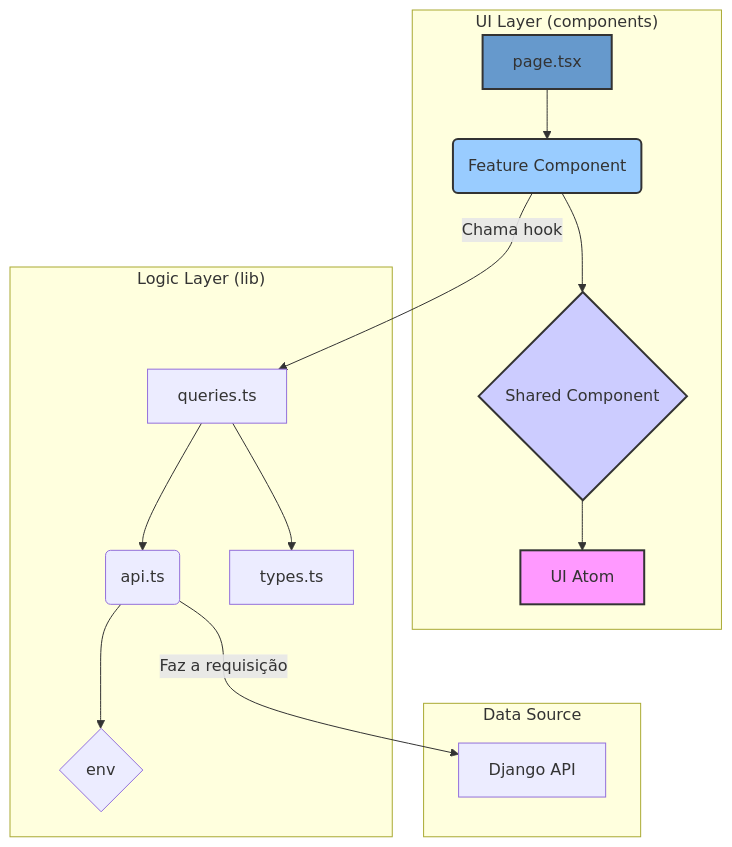
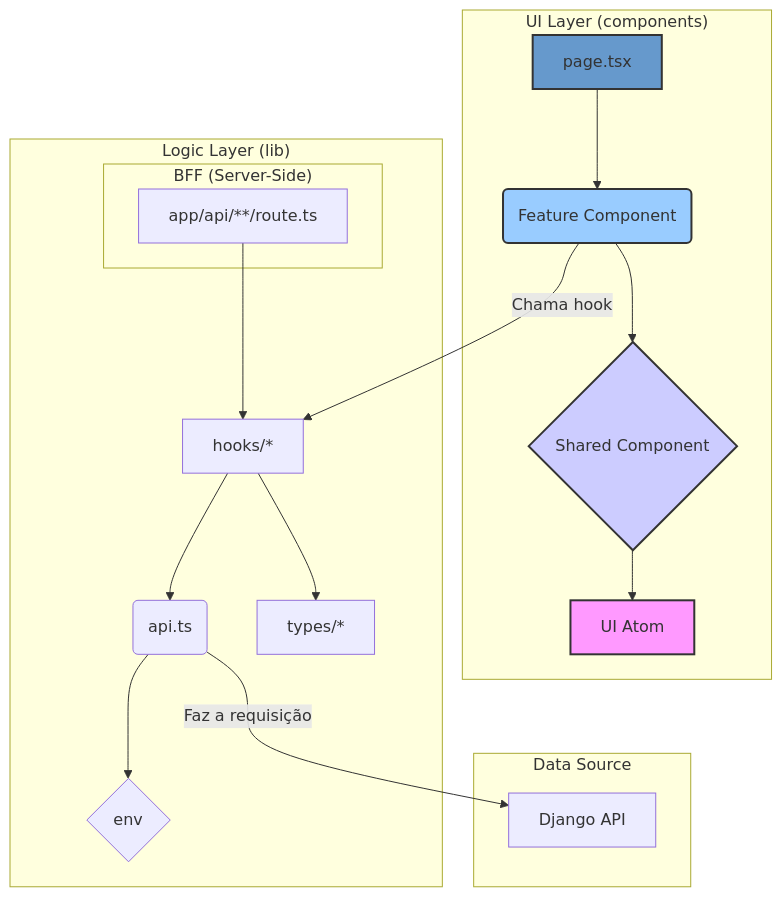
Before and after one commit to edududs/PoliticSystem: the diagram in ui/ARCHITECTURE.md, drawn with Mermaid. The commit also changed other lines of this file and 6 other files, not shown here.

First line of the commit message:
Document high-level architecture and implement Backend for Frontend (BFF) pattern

````diff
--- a/ui/ARCHITECTURE.md
+++ b/ui/ARCHITECTURE.md
@@ -228,26 +236,30 @@
 ```mermaid
 graph TD
     subgraph "UI Layer (components)"
         A[page.tsx] --> B(Feature Component);
         B --> C{Shared Component};
         C --> D[UI Atom];
     end
 
     subgraph "Logic Layer (lib)"
-        E[queries.ts] --> F(api.ts);
-        E --> G[types.ts];
+        subgraph "BFF (Server-Side)"
+            RouteHandler[app/api/**/route.ts]
+        end
+        RouteHandler --> E[hooks/*];
+        E --> F(api.ts);
+        E --> G[types/*];
         F --> H{env};
     end
 
     subgraph "Data Source"
         I[Django API]
     end
 
     B -->|Chama hook| E;
     F -->|Faz a requisição| I;
 
     style D fill:#f9f,stroke:#333,stroke-width:2px
     style C fill:#ccf,stroke:#333,stroke-width:2px
     style B fill:#9cf,stroke:#333,stroke-width:2px
     style A fill:#69c,stroke:#333,stroke-width:2px
 ```
````
